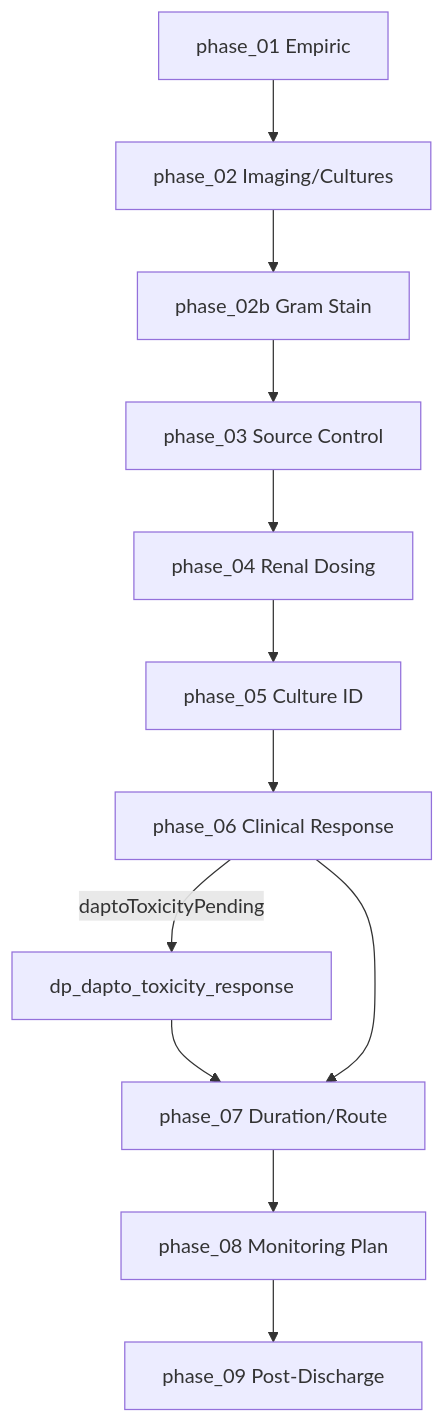
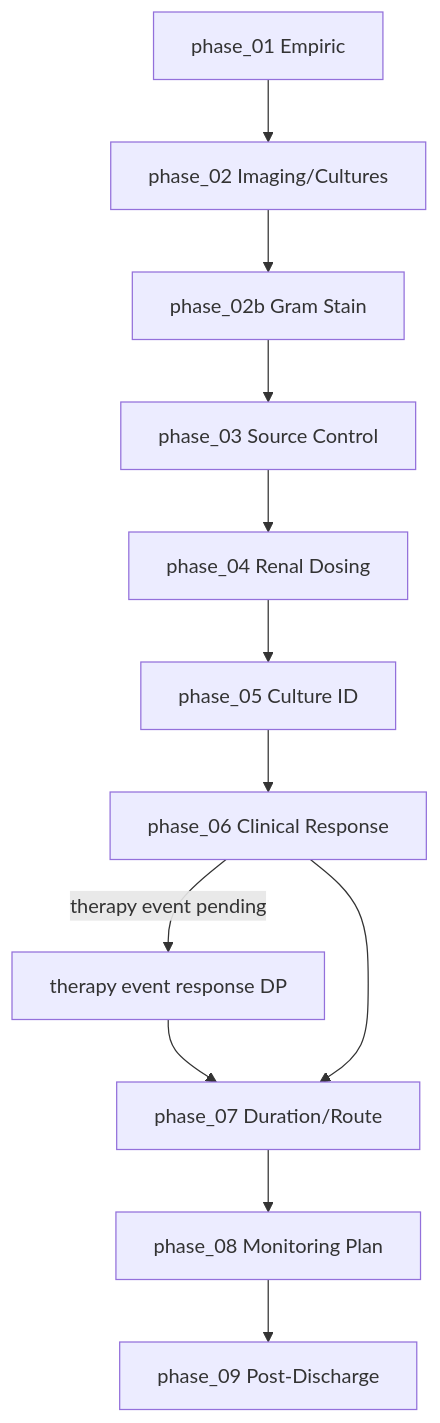
Before and after one commit to rxsharp22/Regimen-Arena: the first of 2 diagrams in docs/bone-deep-decision-map.md, drawn with Mermaid. The commit also changed other lines of this file and 11 other files, not shown here.

First line of the commit message:
Add reusable clinical therapy-event system for Bone Deep

````diff
--- a/docs/bone-deep-decision-map.md
+++ b/docs/bone-deep-decision-map.md
@@ -28,14 +28,14 @@
 ```mermaid
 flowchart TD
   P01[phase_01 Empiric] --> P02[phase_02 Imaging/Cultures]
   P02 --> P02b[phase_02b Gram Stain]
   P02b --> P03[phase_03 Source Control]
   P03 --> P04[phase_04 Renal Dosing]
   P04 --> P05[phase_05 Culture ID]
   P05 --> P06[phase_06 Clinical Response]
-  P06 -->|daptoToxicityPending| DAPTO[dp_dapto_toxicity_response]
-  DAPTO --> P07
+  P06 -->|therapy event pending| THERAPY[therapy event response DP]
+  THERAPY --> P07
   P06 --> P07[phase_07 Duration/Route]
   P07 --> P08[phase_08 Monitoring Plan]
   P08 --> P09[phase_09 Post-Discharge]
 ```
````
